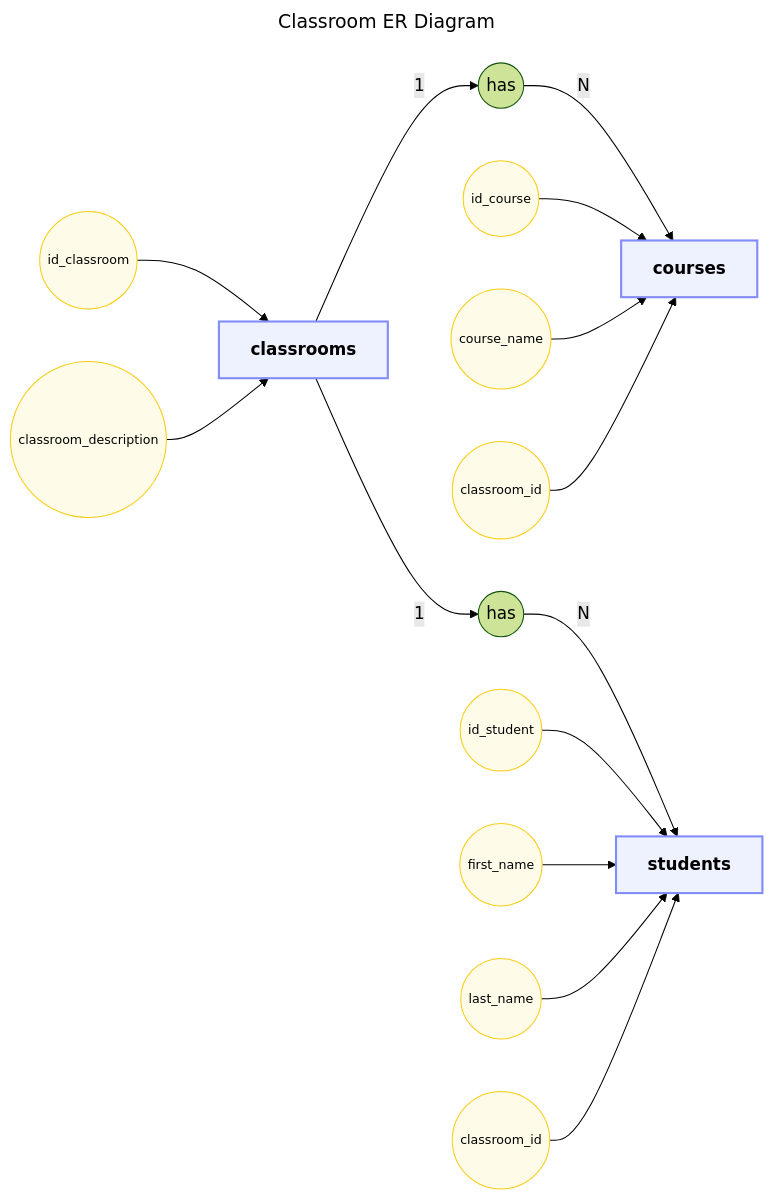
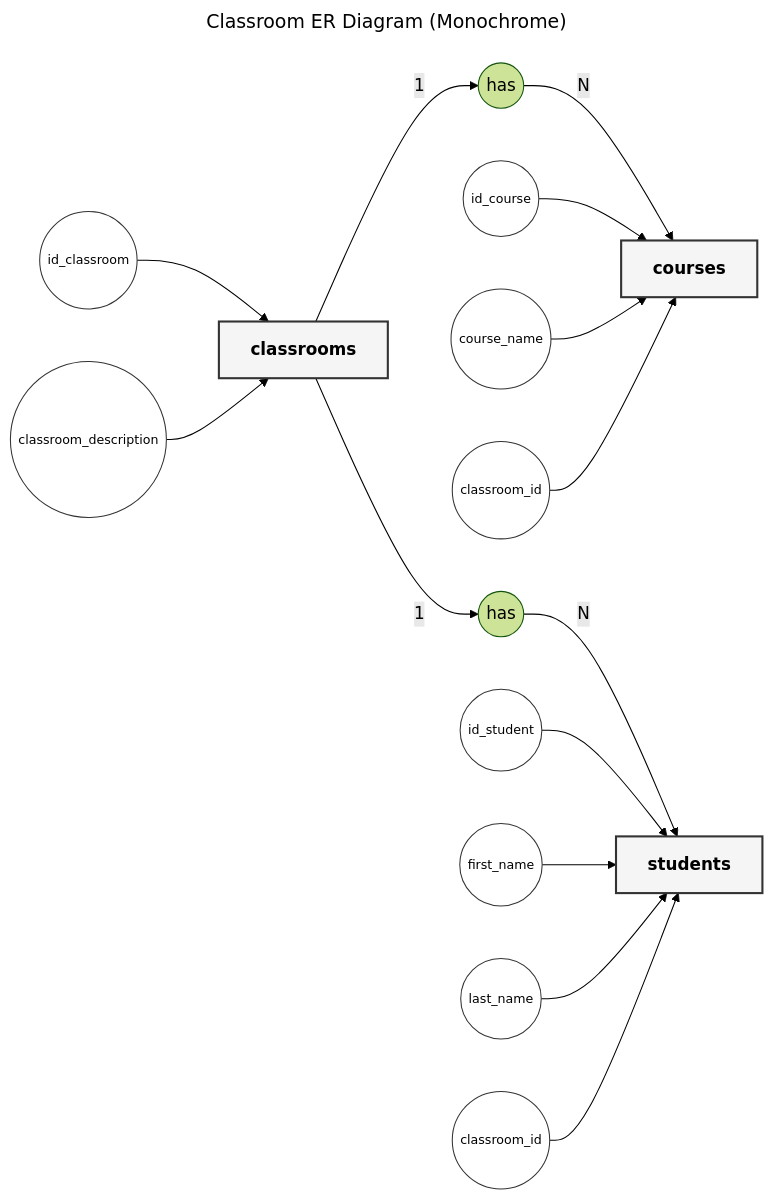
The diagram in README.md (simoneavilarranz/students-classrooms-courses-simoneaa), drawn with Mermaid (forest theme) before and after one commit.

````diff
--- a/README.md
+++ b/README.md
@@ -12,47 +12,47 @@
 ```mermaid
 ---
-title: Classroom ER Diagram
+title: Classroom ER Diagram (Monochrome)
 layout: elk
 ---
 flowchart LR
-    %% Entities (square shapes, bigger font)
+    %% Entities (square shapes)
     classrooms["classrooms"]
     courses["courses"]
     students["students"]
 
     %% Attributes (small ovals)
     id_classroom(("id_classroom"))
     classroom_description(("classroom_description"))
     id_course(("id_course"))
     course_name(("course_name"))
     classroom_id_c(("classroom_id"))
     id_student(("id_student"))
     first_name(("first_name"))
     last_name(("last_name"))
     classroom_id_s(("classroom_id"))
 
-    %% Relationships (connections)
+    %% Relationships
     classrooms -- "1" --> R1((has))
     R1 -- "N" --> courses
     classrooms -- "1" --> R2((has))
     R2 -- "N" --> students
 
-    %% Attribute connections
+    %% Attribute links
     id_classroom --> classrooms
     classroom_description --> classrooms
     id_course --> courses
     course_name --> courses
     classroom_id_c --> courses
     id_student --> students
     first_name --> students
     last_name --> students
     classroom_id_s --> students
 
-    %% Class styling
-    classDef entity fill:#eef2ff,stroke:#818cf8,stroke-width:2px,font-size:16px,font-weight:bold;
-    classDef attribute fill:#fefce8,stroke:#facc15,stroke-width:1px,font-size:12px;
+    %% Class definitions (monochrome scheme)
+    classDef entity fill:#f5f5f5,stroke:#333,stroke-width:2px,color:#000,font-size:16px,font-weight:bold;
+    classDef attribute fill:#fff,stroke:#333,stroke-width:1px,color:#000,font-size:12px;
 
     %% Apply classes
     class classrooms,courses,students entity;
     class id_classroom,classroom_description,id_course,course_name,classroom_id_c,id_student,first_name,last_name,classroom_id_s attribute;
 ```
````
